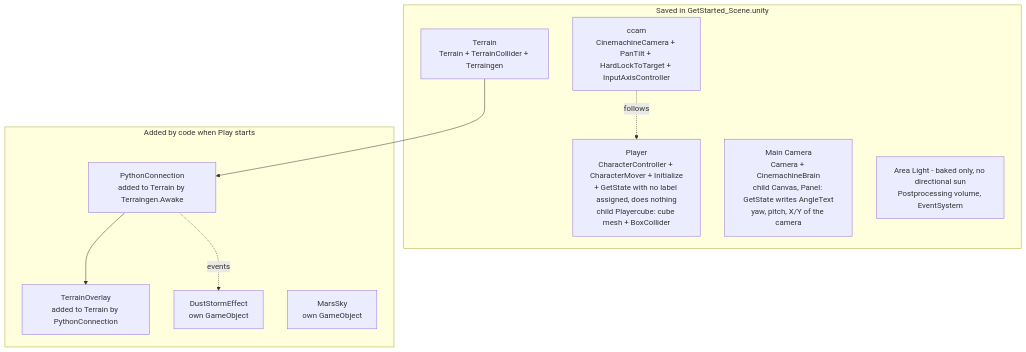
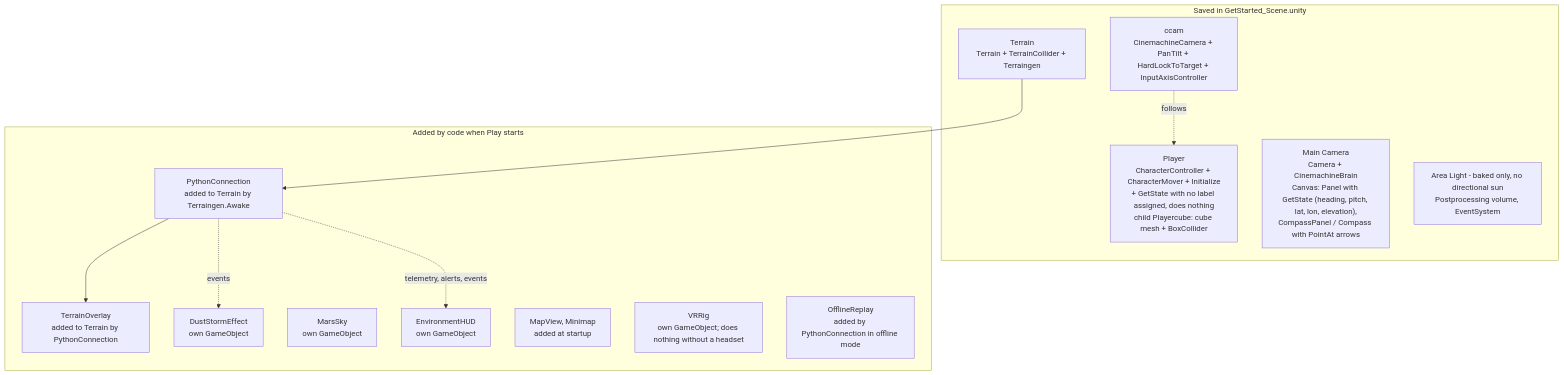
One commit to knightofthegrey/Marsmap changed the second of 5 diagrams in docs/PROJECT_REPORT.md. Above: the diagram before and after it, drawn with Mermaid. The commit also changed other lines of this file and 5 other files, not shown here.

````diff
--- a/docs/PROJECT_REPORT.md
+++ b/docs/PROJECT_REPORT.md
@@ -137,20 +154,25 @@
 ```mermaid
 flowchart TB
   subgraph Saved["Saved in GetStarted_Scene.unity"]
     T["Terrain<br/>Terrain + TerrainCollider + Terraingen"]
     P["Player<br/>CharacterController + CharacterMover + Initialize<br/>+ GetState with no label assigned, does nothing<br/>child Playercube: cube mesh + BoxCollider"]
     CAM["ccam<br/>CinemachineCamera + PanTilt + HardLockToTarget + InputAxisController"]
-    MC["Main Camera<br/>Camera + CinemachineBrain<br/>child Canvas, Panel: GetState writes AngleText<br/>yaw, pitch, X/Y of the camera"]
+    MC["Main Camera<br/>Camera + CinemachineBrain<br/>Canvas: Panel with GetState (heading, pitch, lat, lon, elevation),<br/>CompassPanel / Compass with PointAt arrows"]
     LT["Area Light - baked only, no directional sun<br/>Postprocessing volume, EventSystem"]
   end
   subgraph Runtime["Added by code when Play starts"]
     PC["PythonConnection<br/>added to Terrain by Terraingen.Awake"]
     TO["TerrainOverlay<br/>added to Terrain by PythonConnection"]
     DS["DustStormEffect<br/>own GameObject"]
     MSK["MarsSky<br/>own GameObject"]
+    EH["EnvironmentHUD<br/>own GameObject"]
+    MV["MapView, Minimap<br/>added at startup"]
+    VRR["VRRig<br/>own GameObject; does nothing without a headset"]
+    OR["OfflineReplay<br/>added by PythonConnection in offline mode"]
   end
   T --> PC
   PC --> TO
   PC -. "events" .-> DS
+  PC -. "telemetry, alerts, events" .-> EH
   CAM -. "follows" .-> P
 ```
````
